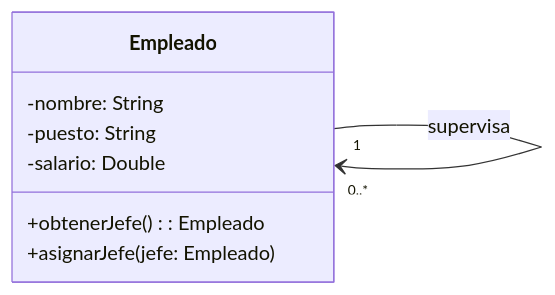
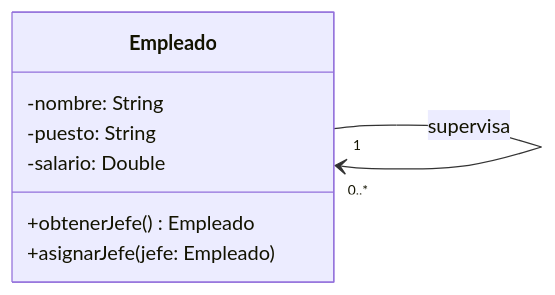
Before and after one commit to danielmartinan/entornos_desarrollo_2024-25: the ninth of 28 diagrams in UD4 - Introducción a POO, diagramas UML y diagramas de clases/ud04_2_notacion_uml_diagramas_clases.md, drawn with Mermaid. The commit also changed other lines of this file and 2 other files, not shown here.

Commit message:
Movido pasos para crear un diagrama de clases a partir de la definición del problema de ud04_3 a ud04_2

````diff
--- a/UD4 - Introducción a POO, diagramas UML y diagramas de clases/ud04_2_notacion_uml_diagramas_clases.md
+++ b/UD4 - Introducción a POO, diagramas UML y diagramas de clases/ud04_2_notacion_uml_diagramas_clases.md
@@ -323,12 +337,12 @@
 ```mermaid
 classDiagram
     direction LR
     class Empleado {
         -nombre: String
         -puesto: String
         -salario: Double
-        +obtenerJefe(): Empleado
+        +obtenerJefe() Empleado
         +asignarJefe(jefe: Empleado)
     }
     Empleado "1" --> "0..*" Empleado : supervisa
 ```
````
